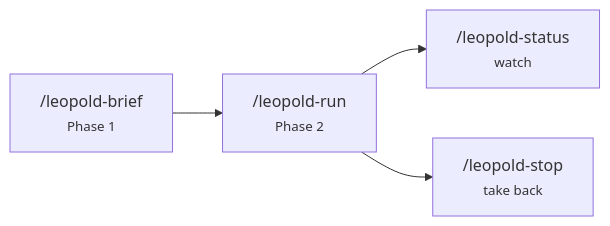
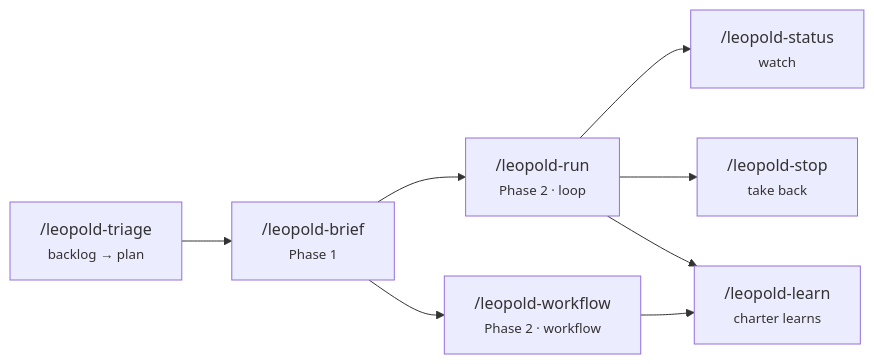
Before and after one commit to Jonhvmp/leopold: the diagram in docs/reference/skills.md, drawn with Mermaid. The commit also changed other lines of this file and 3 other files, not shown here.

First line of the commit message:
watch + docs: render the new run events; document workflows, learn, triage, panels

````diff
--- a/docs/reference/skills.md
+++ b/docs/reference/skills.md
@@ -6,6 +6,10 @@
 ```mermaid
 flowchart LR
-    B["/leopold-brief<br/><small>Phase 1</small>"] --> R["/leopold-run<br/><small>Phase 2</small>"]
+    B["/leopold-brief<br/><small>Phase 1</small>"] --> R["/leopold-run<br/><small>Phase 2 · loop</small>"]
+    B --> W["/leopold-workflow<br/><small>Phase 2 · workflow</small>"]
     R --> S["/leopold-status<br/><small>watch</small>"]
     R --> X["/leopold-stop<br/><small>take back</small>"]
+    R --> L["/leopold-learn<br/><small>charter learns</small>"]
+    W --> L
+    T["/leopold-triage<br/><small>backlog → plan</small>"] --> B
 ```
````
